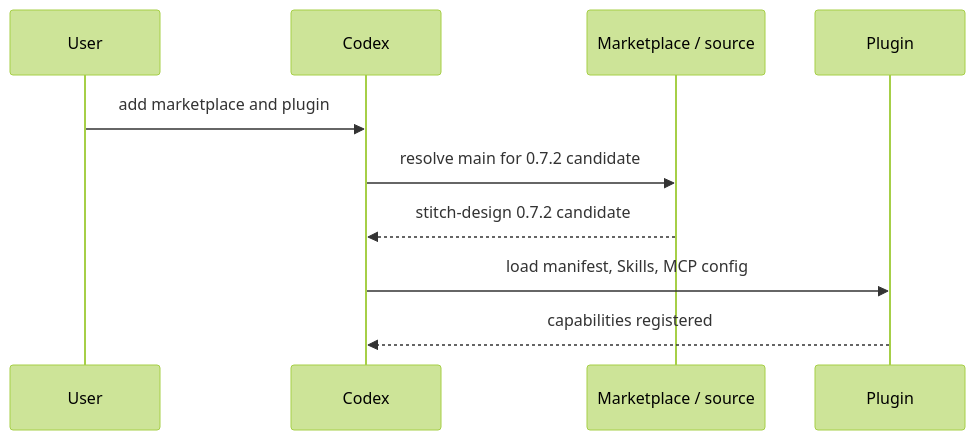
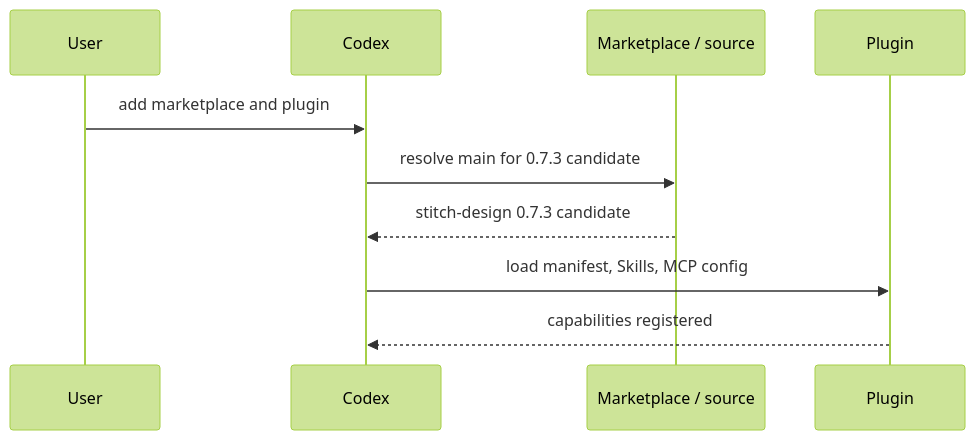
One commit to full-stack-plugins/stitch-design-plugin changed the seventh of 11 diagrams in docs/Stitch-Design-Architecture.md. Above: the diagram before and after it, drawn with Mermaid (forest theme). The commit also changed other lines of this file and 13 other files, not shown here.

````diff
--- a/docs/Stitch-Design-Architecture.md
+++ b/docs/Stitch-Design-Architecture.md
@@ -160,12 +160,12 @@
 ```mermaid
 sequenceDiagram
     participant U as User
     participant C as Codex
     participant M as Marketplace / source
     participant P as Plugin
     U->>C: add marketplace and plugin
-    C->>M: resolve main for 0.7.2 candidate
-    M-->>C: stitch-design 0.7.2 candidate
+    C->>M: resolve main for 0.7.3 candidate
+    M-->>C: stitch-design 0.7.3 candidate
     C->>P: load manifest, Skills, MCP config
     P-->>C: capabilities registered
 ```
````
